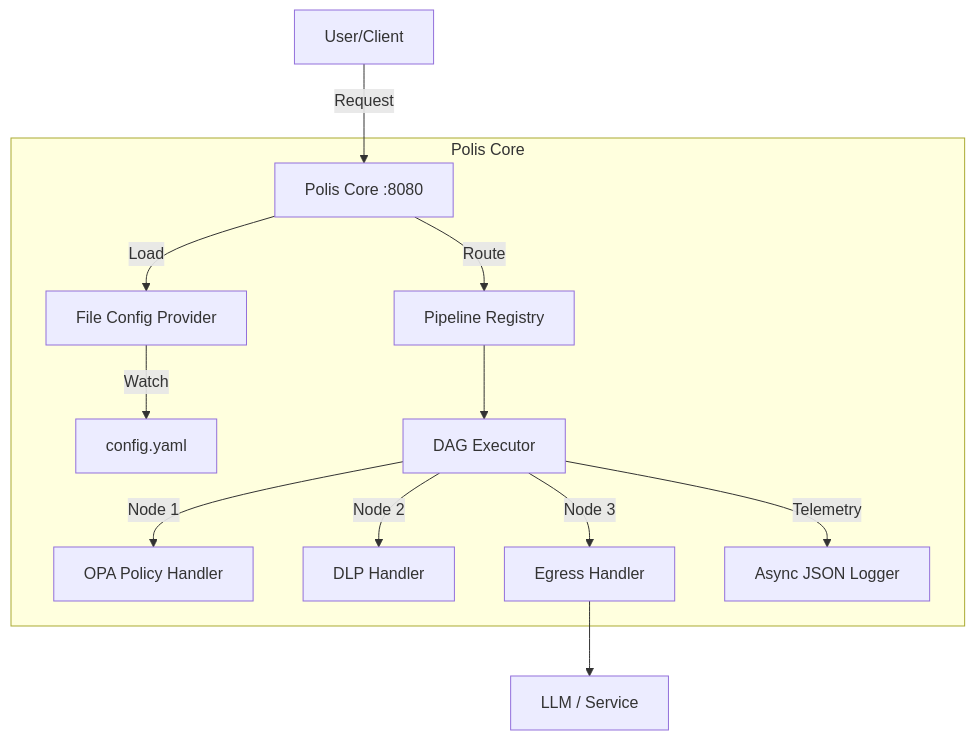
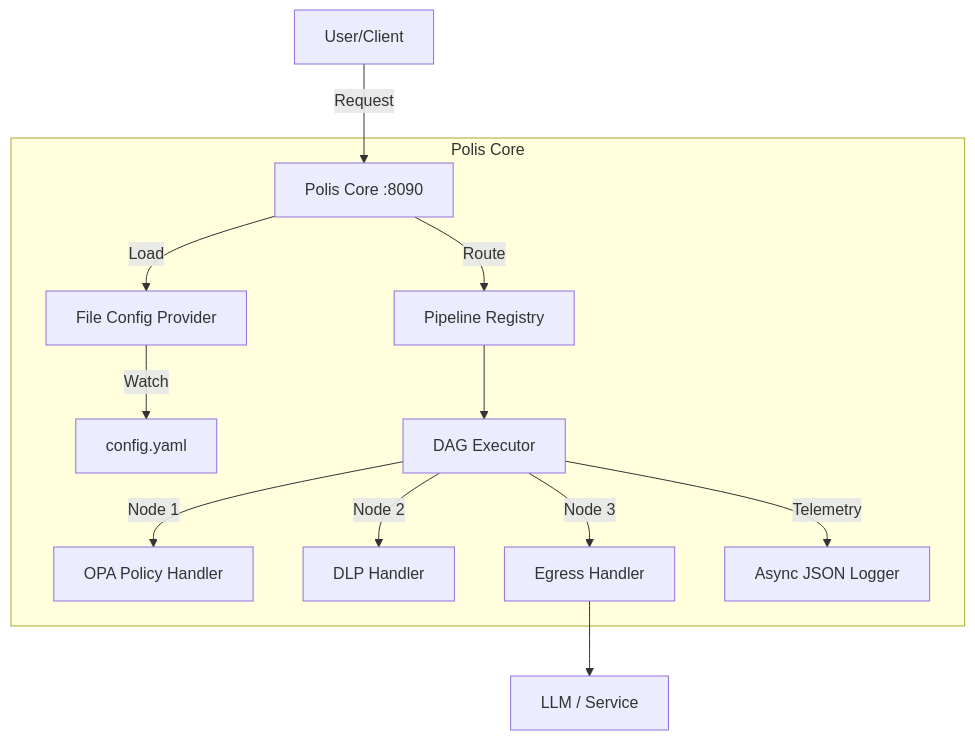
One commit to polisai/polis-oss changed the diagram in README.md. Above: the diagram before and after it, drawn with Mermaid. The commit also changed other lines of this file, not shown here.

````diff
--- a/README.md
+++ b/README.md
@@ -25,17 +25,17 @@
 ```mermaid
 graph TD
-    User[User/Client] -->|Request| Core[Polis Core :8080]
+    User[User/Client] -->|Request| Core[Polis Core :8090]
     
     subgraph Polis Core
         Core -->|Load| Config[File Config Provider]
         Config -->|Watch| File[config.yaml]
         Core -->|Route| Registry[Pipeline Registry]
         Registry --> Executor[DAG Executor]
         Executor -->|Node 1| Policy[OPA Policy Handler]
         Executor -->|Node 2| DLP[DLP Handler]
         Executor -->|Node 3| Egress[Egress Handler]
         Executor -->|Telemetry| Logger[Async JSON Logger]
     end
     
     Egress --> Upstream[LLM / Service]
 ```
````
